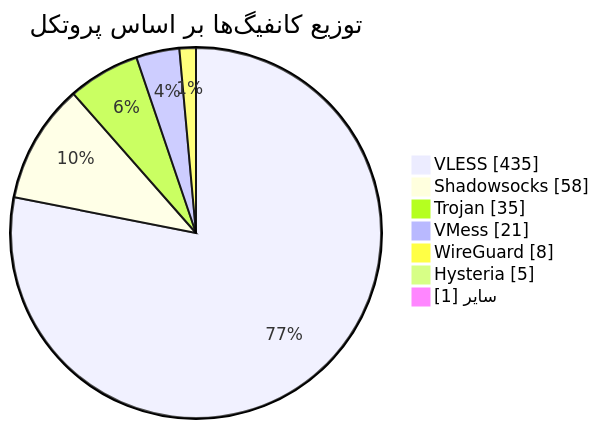
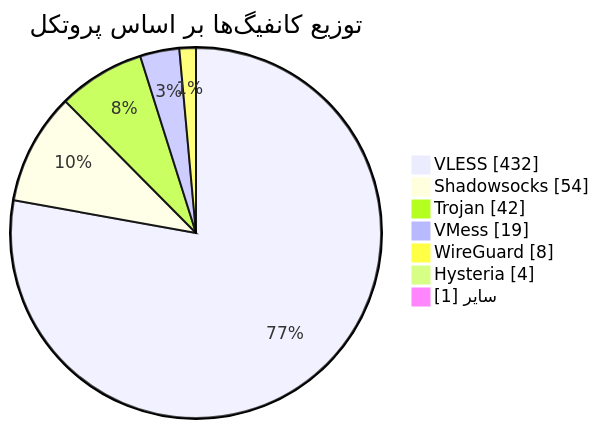
One commit to Arian-Alijani/Somthing changed the diagram in README.md. Above: the diagram before and after it, drawn with Mermaid. The commit also changed other lines of this file and 17 other files, not shown here.

````diff
--- a/README.md
+++ b/README.md
@@ -49,11 +49,11 @@
 ```mermaid
 pie showData
     title توزیع کانفیگ‌ها بر اساس پروتکل
-    "VLESS" : 435
-    "Shadowsocks" : 58
-    "Trojan" : 35
-    "VMess" : 21
+    "VLESS" : 432
+    "Shadowsocks" : 54
+    "Trojan" : 42
+    "VMess" : 19
     "WireGuard" : 8
-    "Hysteria" : 5
+    "Hysteria" : 4
     "سایر" : 1
 ```
````
